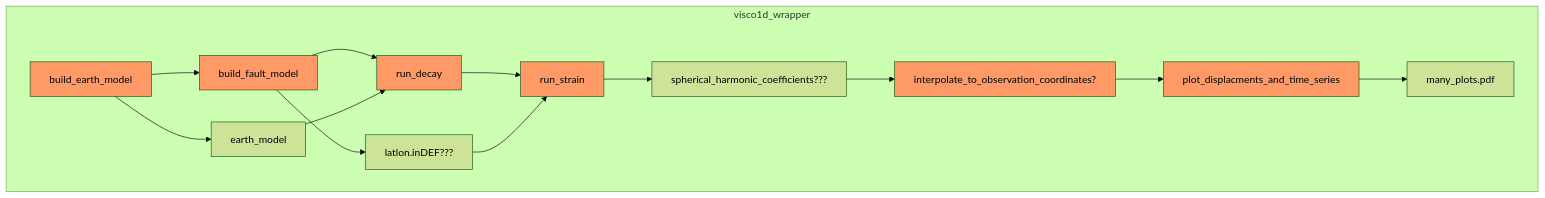
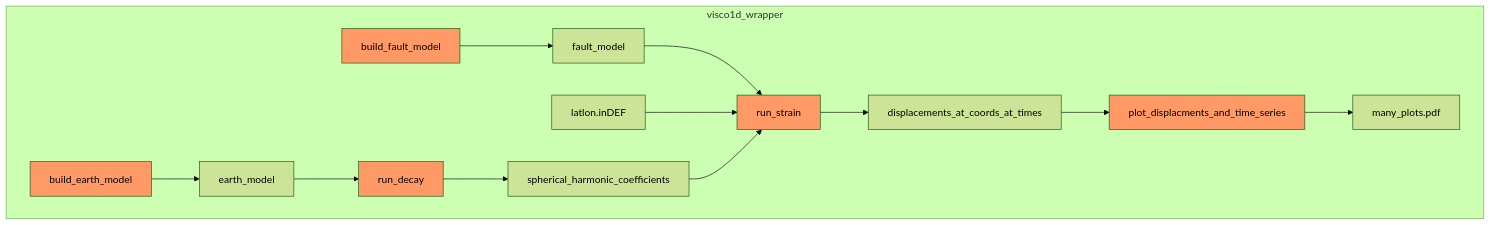
One commit to kmaterna/visco1d_wrapper changed the diagram in README.md. Above: the diagram before and after it, drawn with Mermaid (forest theme).

Commit message:
updating flowchat

````diff
--- a/README.md
+++ b/README.md
@@ -9,15 +9,16 @@
 ```mermaid
 flowchart TD
   classDef function fill:#f96;
   subgraph visco1d_wrapper
-    build_earth_model:::function-->build_fault_model:::function-->run_decay:::function-->run_strain:::function
+    build_earth_model:::function
+    build_fault_model:::function-->fault_model-->run_strain:::function
     build_earth_model:::function-->earth_model
-    build_fault_model:::function-->latlon.inDEF???
-    earth_model-->run_decay
-    latlon.inDEF???-->run_strain
-    run_strain-->spherical_harmonic_coefficients???
-    spherical_harmonic_coefficients???-->interpolate_to_observation_coordinates?:::function
-    interpolate_to_observation_coordinates?:::function-->plot_displacments_and_time_series:::function
-    plot_displacments_and_time_series:::function-->many_plots.pdf
+    earth_model-->run_decay:::function
+    latlon.inDEF-->run_strain:::function
+    run_decay-->spherical_harmonic_coefficients
+    spherical_harmonic_coefficients-->run_strain
+    run_strain-->displacements_at_coords_at_times
+    displacements_at_coords_at_times-->plot_displacments_and_time_series:::function
+        plot_displacments_and_time_series:::function-->many_plots.pdf
   end
 ```
````
